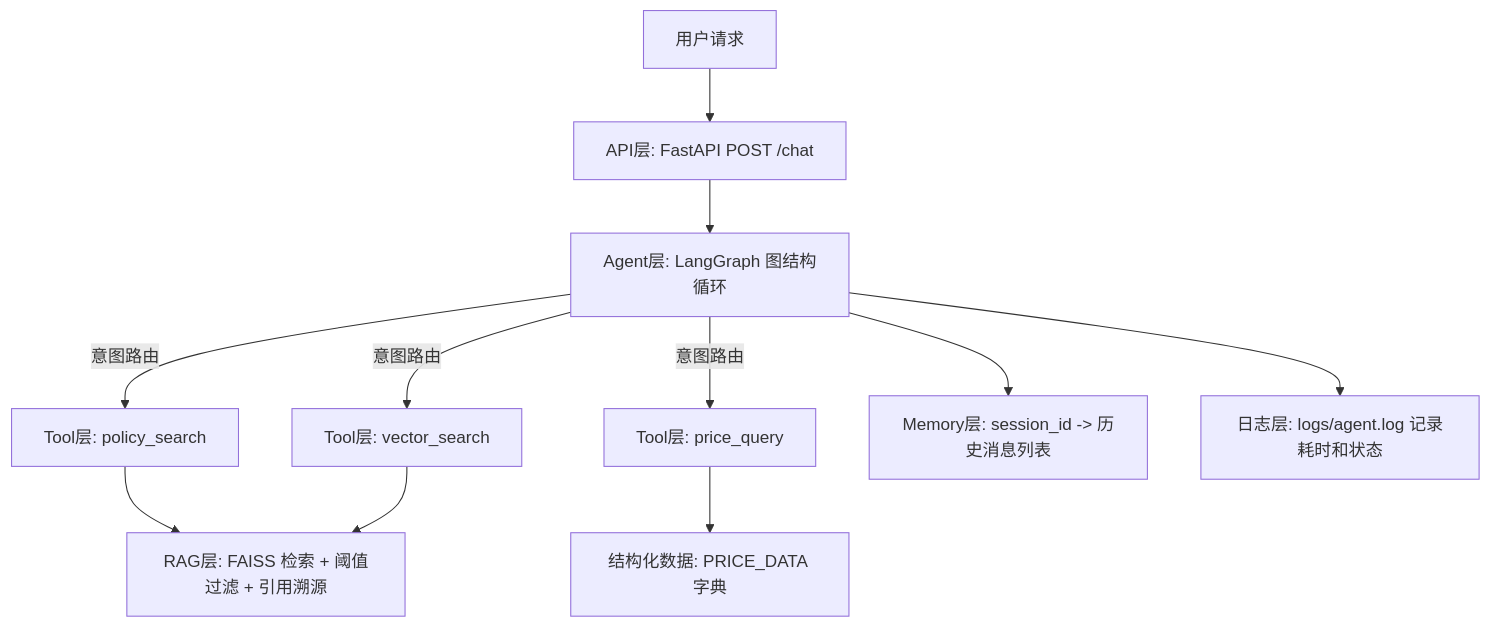
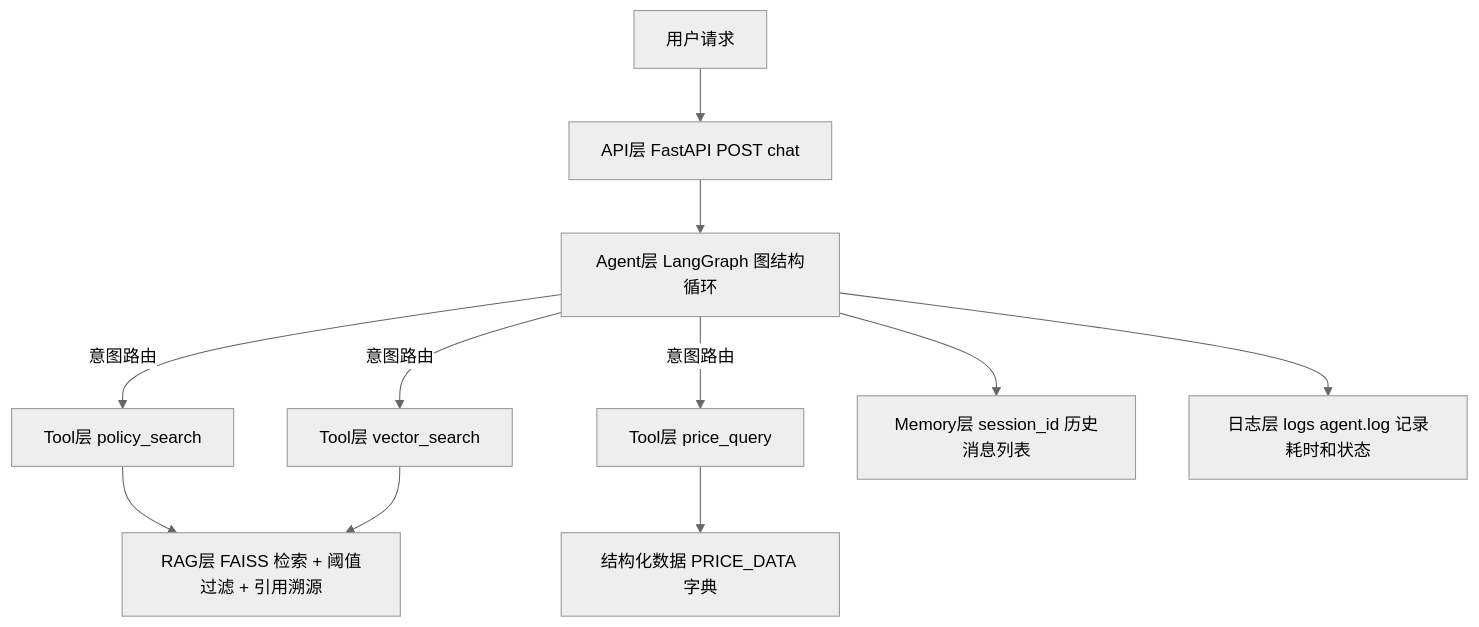
Before and after one commit to longxiang233/agentic-rag-energy: the diagram in README.md, drawn with Mermaid.

Commit message:
docs: polish README with business background and correct setup commands

````diff
--- a/README.md
+++ b/README.md
@@ -34,16 +34,17 @@
 ```mermaid
-flowchart TD
-    U["用户请求"] --> API["API层: FastAPI POST /chat"]
-    API --> AG["Agent层: LangGraph 图结构循环"]
+%%{init: {"theme": "neutral"}}%%
+graph TD
+    U["用户请求"] --> API["API层 FastAPI POST chat"]
+    API --> AG["Agent层 LangGraph 图结构循环"]
     
-    AG -->|"意图路由"| T1["Tool层: policy_search"]
-    AG -->|"意图路由"| T2["Tool层: price_query"]
-    AG -->|"意图路由"| T3["Tool层: vector_search"]
+    AG -->|"意图路由"| T1["Tool层 policy_search"]
+    AG -->|"意图路由"| T2["Tool层 price_query"]
+    AG -->|"意图路由"| T3["Tool层 vector_search"]
     
-    T1 --> RAG["RAG层: FAISS 检索 + 阈值过滤 + 引用溯源"]
-    T2 --> DB["结构化数据: PRICE_DATA 字典"]
+    T1 --> RAG["RAG层 FAISS 检索 + 阈值过滤 + 引用溯源"]
+    T2 --> DB["结构化数据 PRICE_DATA 字典"]
     T3 --> RAG
     
-    AG --> M["Memory层: session_id -> 历史消息列表"]
-    AG --> L["日志层: logs/agent.log 记录耗时和状态"]
+    AG --> M["Memory层 session_id 历史消息列表"]
+    AG --> L["日志层 logs agent.log 记录耗时和状态"]
 ```
````
